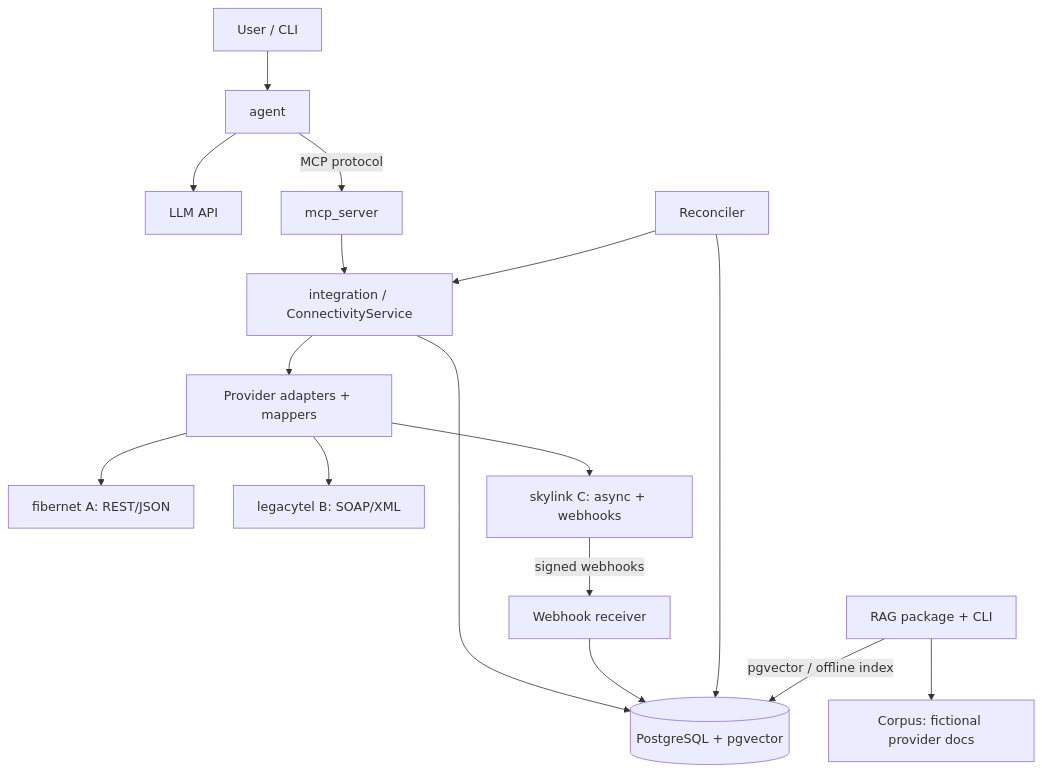
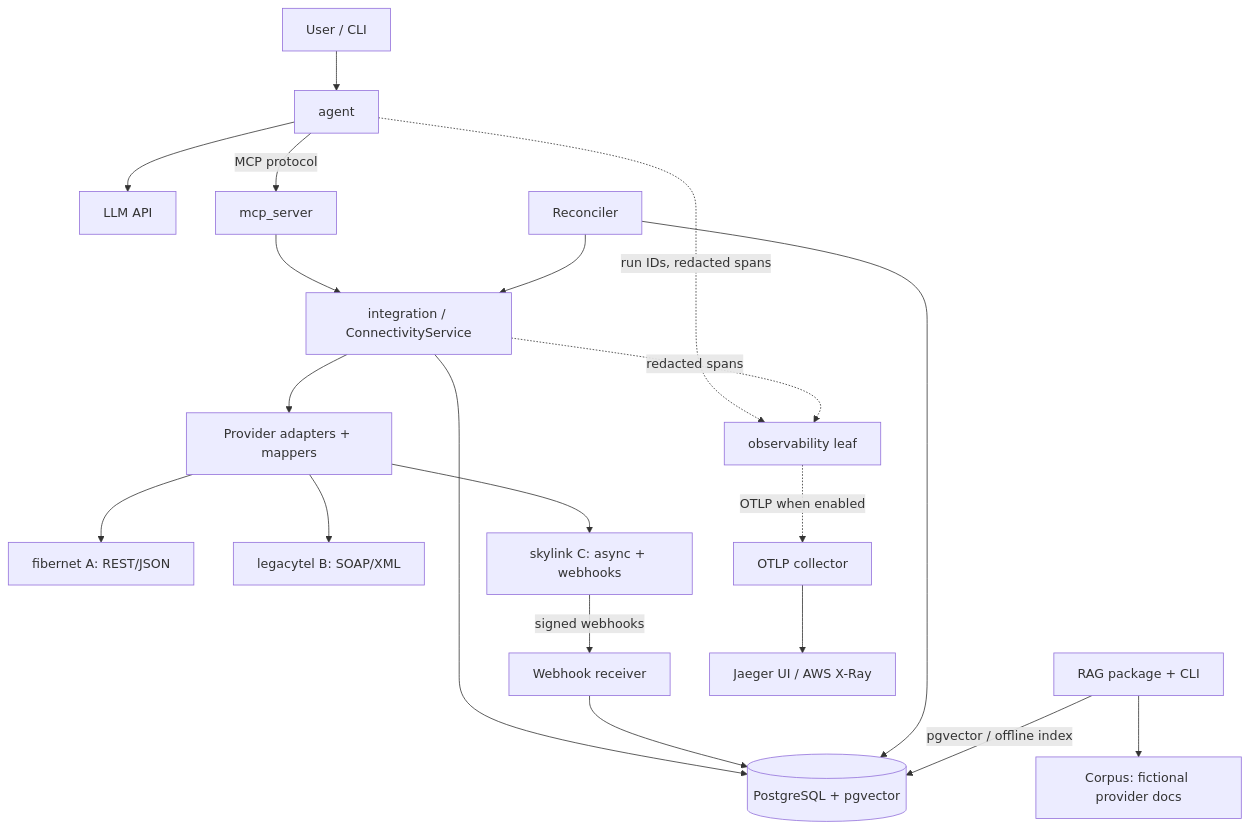
The first of 7 diagrams in docs/ARCHITECTURE.md (josemontesinos/aintegrator), drawn with Mermaid before and after one commit. The commit also changed other lines of this file and 66 other files, not shown here.

````diff
--- a/docs/ARCHITECTURE.md
+++ b/docs/ARCHITECTURE.md
@@ -7,18 +7,22 @@
 ```mermaid
 flowchart TD
     user[User / CLI] --> agent[agent]
     agent --> llm[LLM API]
     agent -->|MCP protocol| mcp[mcp_server]
     mcp --> service[integration / ConnectivityService]
     service --> adapters[Provider adapters + mappers]
     service --> pg[(PostgreSQL + pgvector)]
     adapters --> fibernet[fibernet A: REST/JSON]
     adapters --> legacytel[legacytel B: SOAP/XML]
     adapters --> skylink[skylink C: async + webhooks]
     skylink -->|signed webhooks| receiver[Webhook receiver]
     receiver --> pg
     reconciler[Reconciler] --> service
     reconciler --> pg
     rag[RAG package + CLI] -->|pgvector / offline index| pg
     rag --> docs[Corpus: fictional provider docs]
+    agent -.->|run IDs, redacted spans| obs[observability leaf]
+    service -.->|redacted spans| obs
+    obs -.->|OTLP when enabled| collector[OTLP collector]
+    collector --> jaeger[Jaeger UI / AWS X-Ray]
 ```
````
